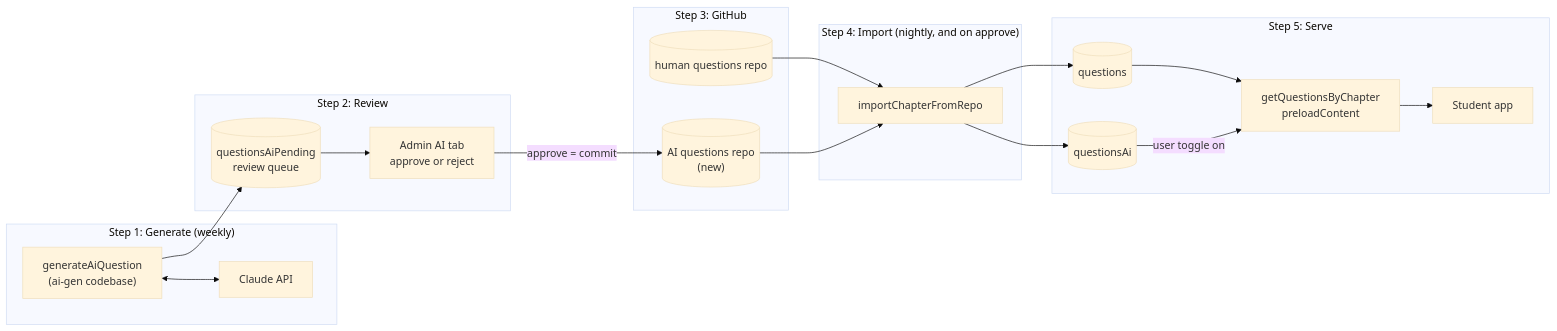
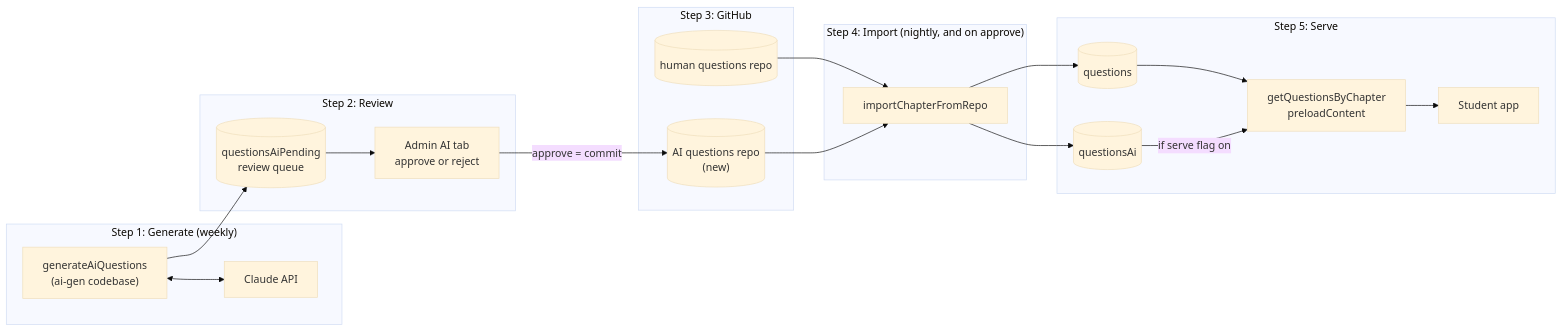
The first of 5 diagrams in docs/ai-question-flow.md (alexmcdermid/real-estate-quest), drawn with Mermaid (base theme) before and after one commit. The commit also changed other lines of this file, not shown here.

First line of the commit message:
docs: record decisions on AI question access and volume

````diff
--- a/docs/ai-question-flow.md
+++ b/docs/ai-question-flow.md
@@ -28,36 +28,36 @@
 ```mermaid
 flowchart LR
   subgraph GEN["Step 1: Generate (weekly)"]
-    G["generateAiQuestion<br/>(ai-gen codebase)"] <--> CL["Claude API"]
+    G["generateAiQuestions<br/>(ai-gen codebase)"] <--> CL["Claude API"]
   end
 
   subgraph REV["Step 2: Review"]
     QP[("questionsAiPending<br/>review queue")] --> ADM["Admin AI tab<br/>approve or reject"]
   end
 
   subgraph SOT["Step 3: GitHub"]
     HR[("human questions repo")]
     AR[("AI questions repo<br/>(new)")]
   end
 
   subgraph IMP["Step 4: Import (nightly, and on approve)"]
     I["importChapterFromRepo"]
   end
 
   subgraph SRV["Step 5: Serve"]
     Q[("questions")]
     QA[("questionsAi")]
     API["getQuestionsByChapter<br/>preloadContent"]
     STU["Student app"]
     Q --> API
-    QA -- "user toggle on" --> API
+    QA -- "if serve flag on" --> API
     API --> STU
   end
 
   G --> QP
   ADM -- "approve = commit" --> AR
   HR --> I
   AR --> I
   I --> Q
   I --> QA
 ```
````
